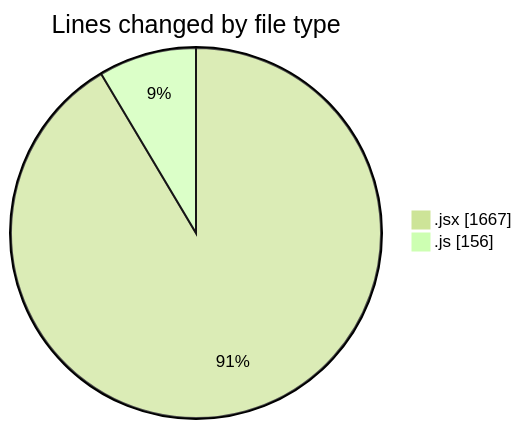
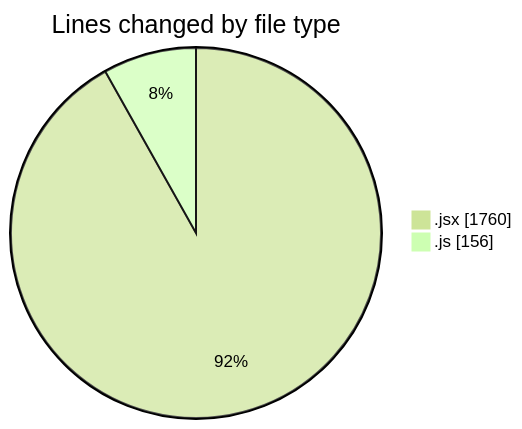
Before and after one commit to nxtqubesakshisongat/code-tracking: the first of 2 diagrams in 2025-05-22/nxtqube_webapp/README.md, drawn with Mermaid (forest theme). The commit also changed other lines of this file and 1 other file, not shown here.

````diff
--- a/2025-05-22/nxtqube_webapp/README.md
+++ b/2025-05-22/nxtqube_webapp/README.md
@@ -21,6 +21,6 @@
 ```mermaid
 pie showData
 title Lines changed by file type
-".jsx" : 1667
+".jsx" : 1760
 ".js" : 156
 ```
````
